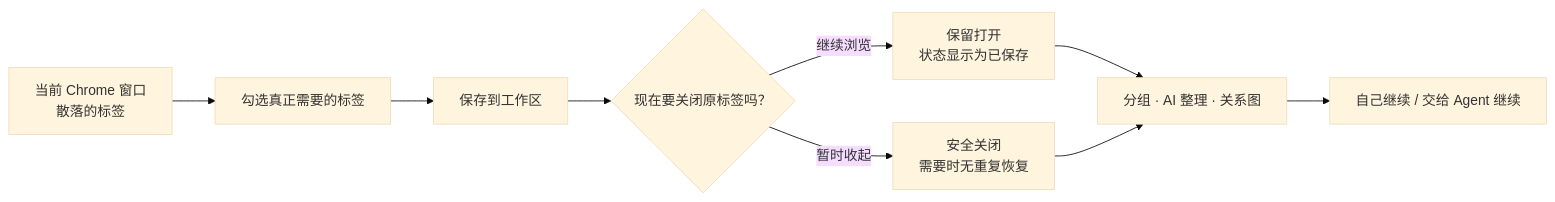
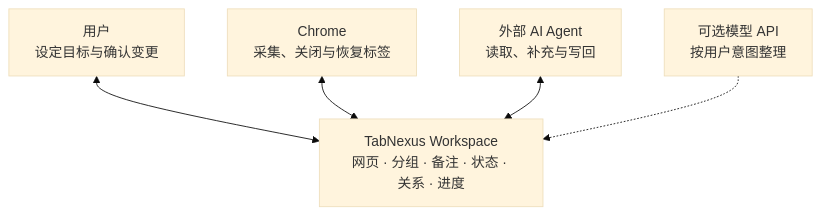
One commit to KaichenCurry/TabNexus changed the second of 3 diagrams in README.md. Above: the diagram before and after it, drawn with Mermaid (base theme). The commit also changed other lines of this file and 1 other file, not shown here.

Commit message:
Clarify TabNexus product story and onboarding (#14)

````diff
--- a/README.md
+++ b/README.md
@@ -76,11 +63,8 @@
 ```mermaid
-flowchart LR
-    A["当前 Chrome 窗口<br/>散落的标签"] --> B["勾选真正需要的标签"]
-    B --> C["保存到工作区"]
-    C --> D{"现在要关闭原标签吗？"}
-    D -->|"继续浏览"| E["保留打开<br/>状态显示为已保存"]
-    D -->|"暂时收起"| F["安全关闭<br/>需要时无重复恢复"]
-    E --> G["分组 · AI 整理 · 关系图"]
-    F --> G
-    G --> H["自己继续 / 交给 Agent 继续"]
+flowchart TB
+    Context["TabNexus Workspace<br/>网页 · 分组 · 备注 · 状态 · 关系 · 进度"]
+    User["用户<br/>设定目标与确认变更"] <--> Context
+    Browser["Chrome<br/>采集、关闭与恢复标签"] <--> Context
+    Agent["外部 AI Agent<br/>读取、补充与写回"] <--> Context
+    Model["可选模型 API<br/>按用户意图整理"] -.-> Context
 ```
````
